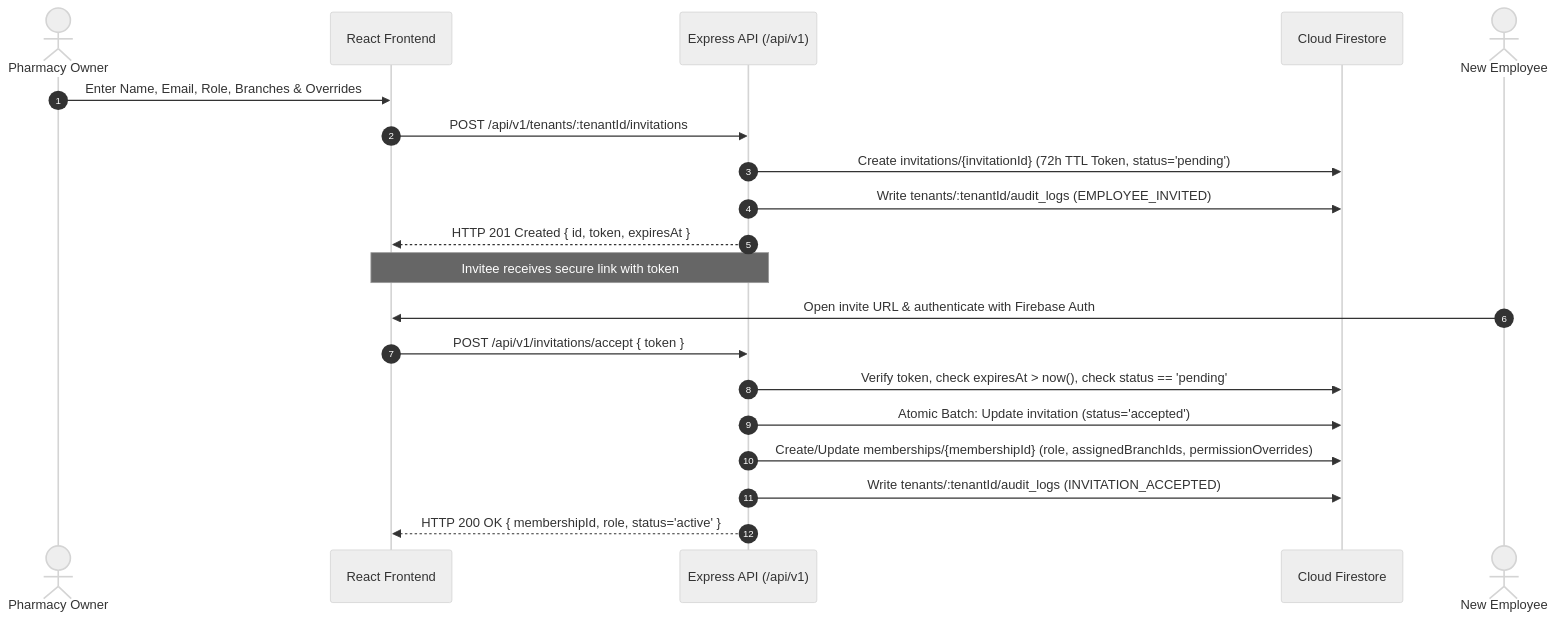
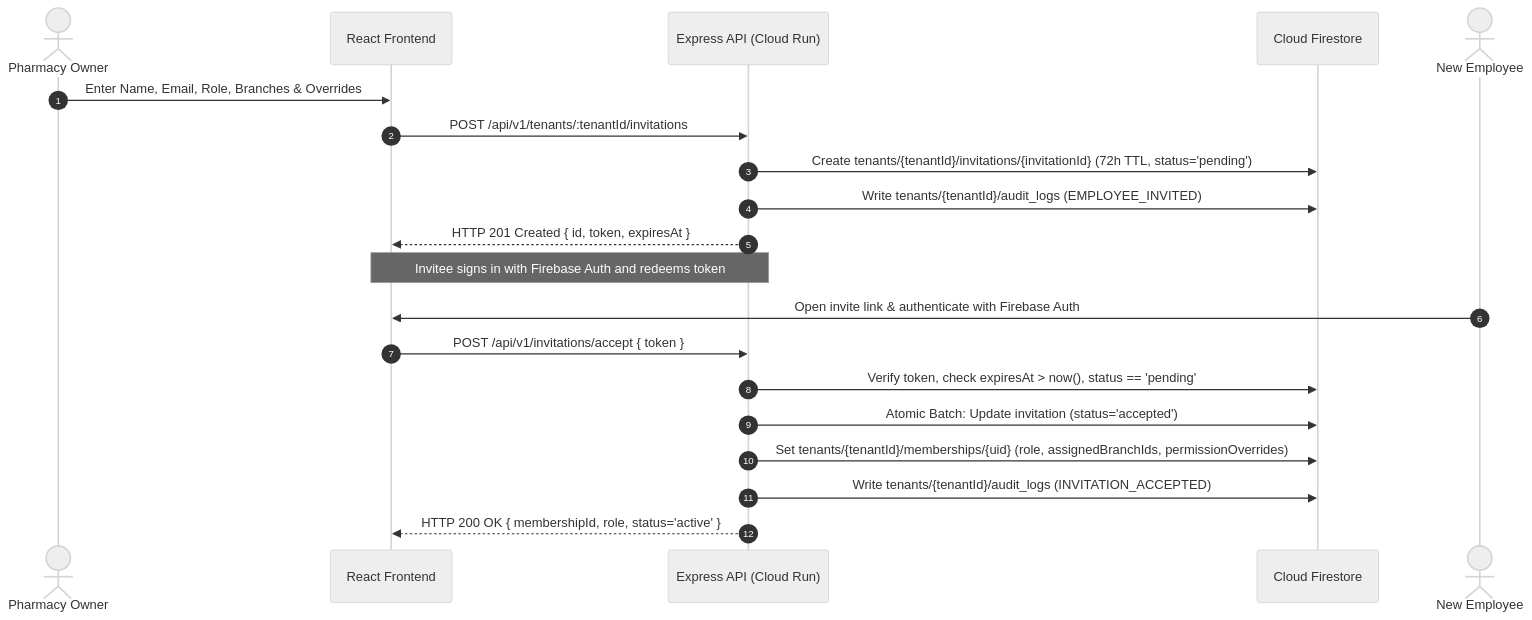
Before and after one commit to dhandesaurav37/pharmadesk: the second of 4 diagrams in docs/business-workflows.md, drawn with Mermaid (neutral theme). The commit also changed other lines of this file and 37 other files, not shown here.

````diff
--- a/docs/business-workflows.md
+++ b/docs/business-workflows.md
@@ -47,24 +43,24 @@
 ```mermaid
 sequenceDiagram
     autonumber
     actor Owner as Pharmacy Owner
     participant App as React Frontend
-    participant API as Express API (/api/v1)
+    participant API as Express API (Cloud Run)
     participant FS as Cloud Firestore
 
     Owner->>App: Enter Name, Email, Role, Branches & Overrides
     App->>API: POST /api/v1/tenants/:tenantId/invitations
-    API->>FS: Create invitations/{invitationId} (72h TTL Token, status='pending')
-    API->>FS: Write tenants/:tenantId/audit_logs (EMPLOYEE_INVITED)
+    API->>FS: Create tenants/{tenantId}/invitations/{invitationId} (72h TTL, status='pending')
+    API->>FS: Write tenants/{tenantId}/audit_logs (EMPLOYEE_INVITED)
     API-->>App: HTTP 201 Created { id, token, expiresAt }
-    
-    Note over App,API: Invitee receives secure link with token
+
+    Note over App,API: Invitee signs in with Firebase Auth and redeems token
     actor Invitee as New Employee
-    Invitee->>App: Open invite URL & authenticate with Firebase Auth
+    Invitee->>App: Open invite link & authenticate with Firebase Auth
     App->>API: POST /api/v1/invitations/accept { token }
-    API->>FS: Verify token, check expiresAt > now(), check status == 'pending'
+    API->>FS: Verify token, check expiresAt > now(), status == 'pending'
     API->>FS: Atomic Batch: Update invitation (status='accepted')
-    API->>FS: Create/Update memberships/{membershipId} (role, assignedBranchIds, permissionOverrides)
-    API->>FS: Write tenants/:tenantId/audit_logs (INVITATION_ACCEPTED)
+    API->>FS: Set tenants/{tenantId}/memberships/{uid} (role, assignedBranchIds, permissionOverrides)
+    API->>FS: Write tenants/{tenantId}/audit_logs (INVITATION_ACCEPTED)
     API-->>App: HTTP 200 OK { membershipId, role, status='active' }
 ```
````
